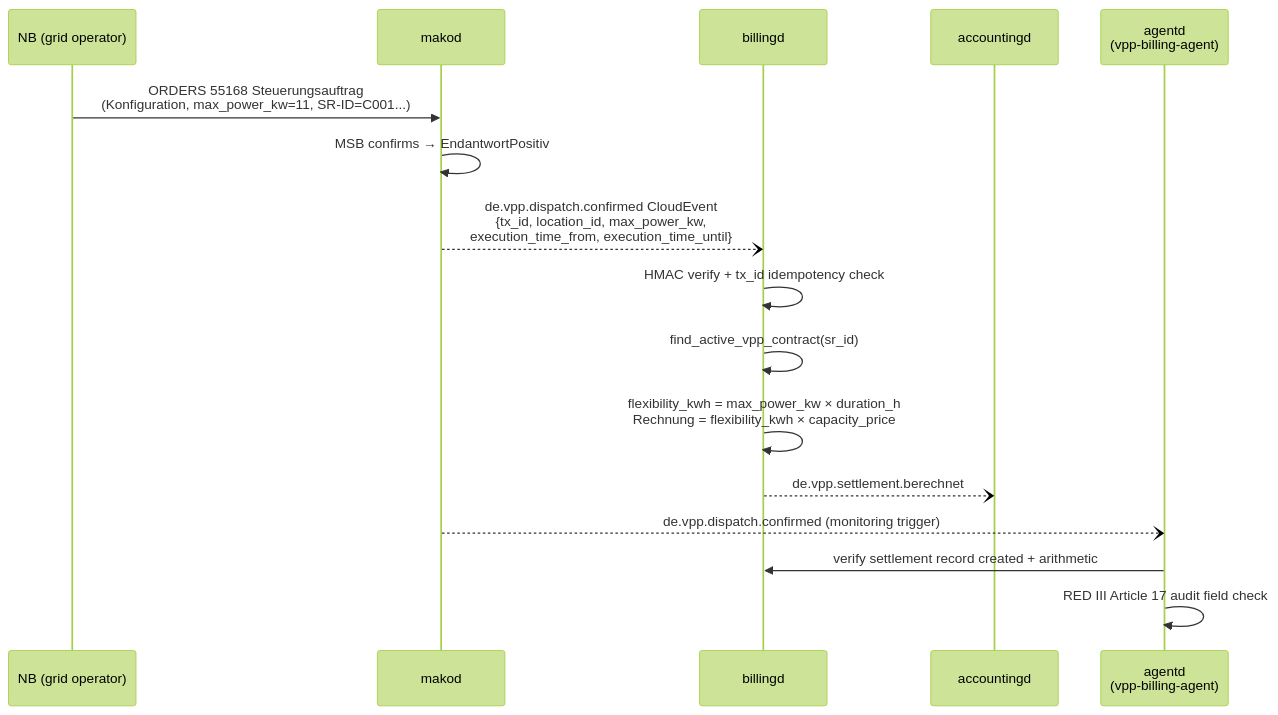
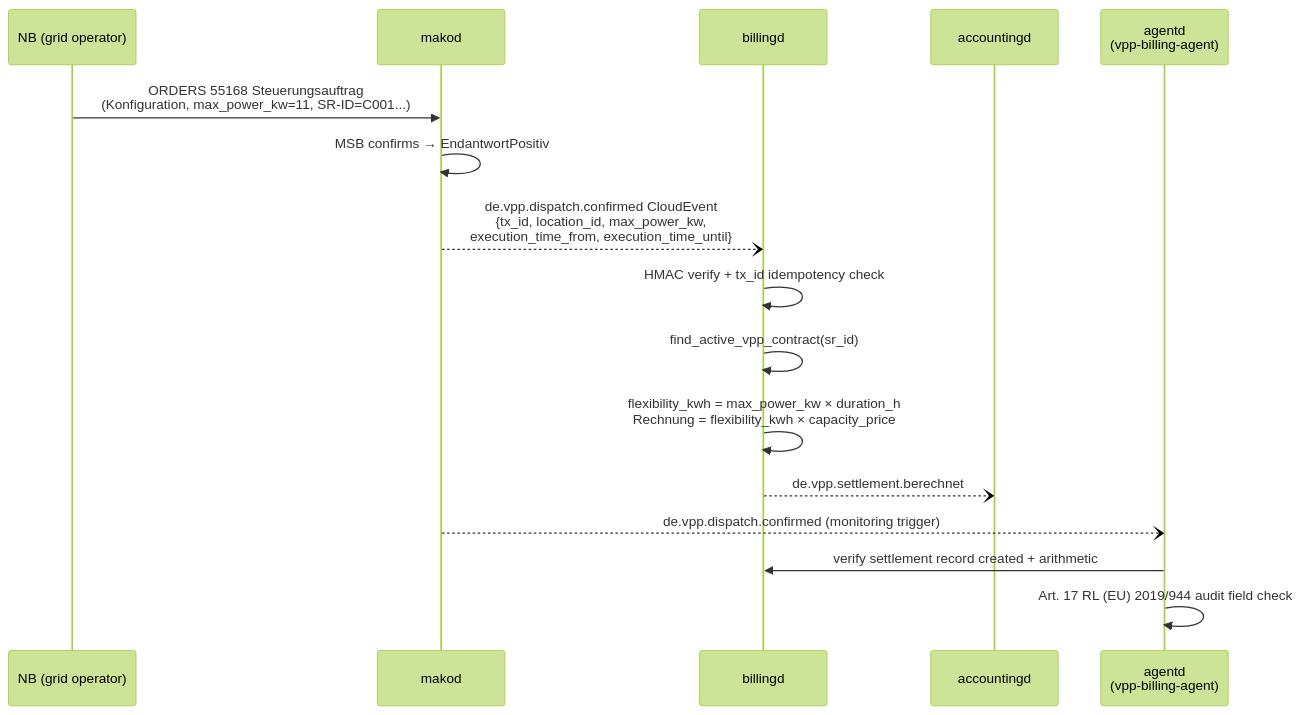
The fourth of 4 diagrams in site/content/docs/services/billingd.md (hupe1980/mako), drawn with Mermaid (forest theme) before and after one commit. The commit also changed other lines of this file and 276 other files, not shown here.

````diff
--- a/site/content/docs/services/billingd.md
+++ b/site/content/docs/services/billingd.md
@@ -802,19 +788,19 @@
 ```mermaid
 sequenceDiagram
     participant NB as NB (grid operator)
     participant makod
     participant billingd
     participant accountingd
     participant agentd as agentd<br/>(vpp-billing-agent)
 
     NB->>makod: ORDERS 55168 Steuerungsauftrag<br/>(Konfiguration, max_power_kw=11, SR-ID=C001...)
     makod->>makod: MSB confirms → EndantwortPositiv
     makod--)billingd: de.vpp.dispatch.confirmed CloudEvent<br/>{tx_id, location_id, max_power_kw,<br/>execution_time_from, execution_time_until}
     billingd->>billingd: HMAC verify + tx_id idempotency check
     billingd->>billingd: find_active_vpp_contract(sr_id)
     billingd->>billingd: flexibility_kwh = max_power_kw × duration_h<br/>Rechnung = flexibility_kwh × capacity_price
     billingd--)accountingd: de.vpp.settlement.berechnet
     makod--)agentd: de.vpp.dispatch.confirmed (monitoring trigger)
     agentd->>billingd: verify settlement record created + arithmetic
-    agentd->>agentd: RED III Article 17 audit field check
+    agentd->>agentd: Art. 17 RL (EU) 2019/944 audit field check
 ```
````
